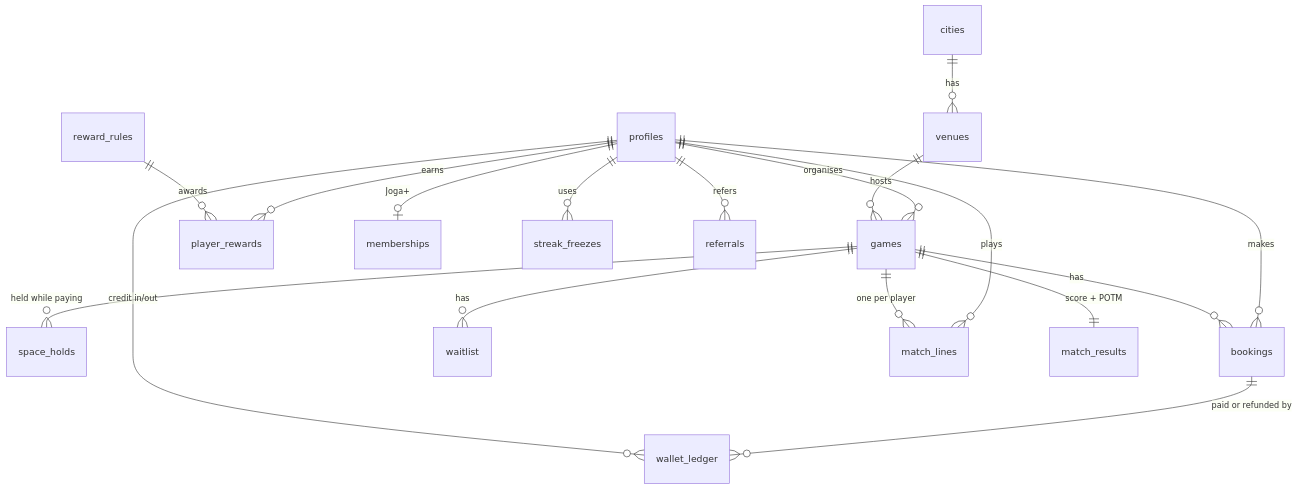
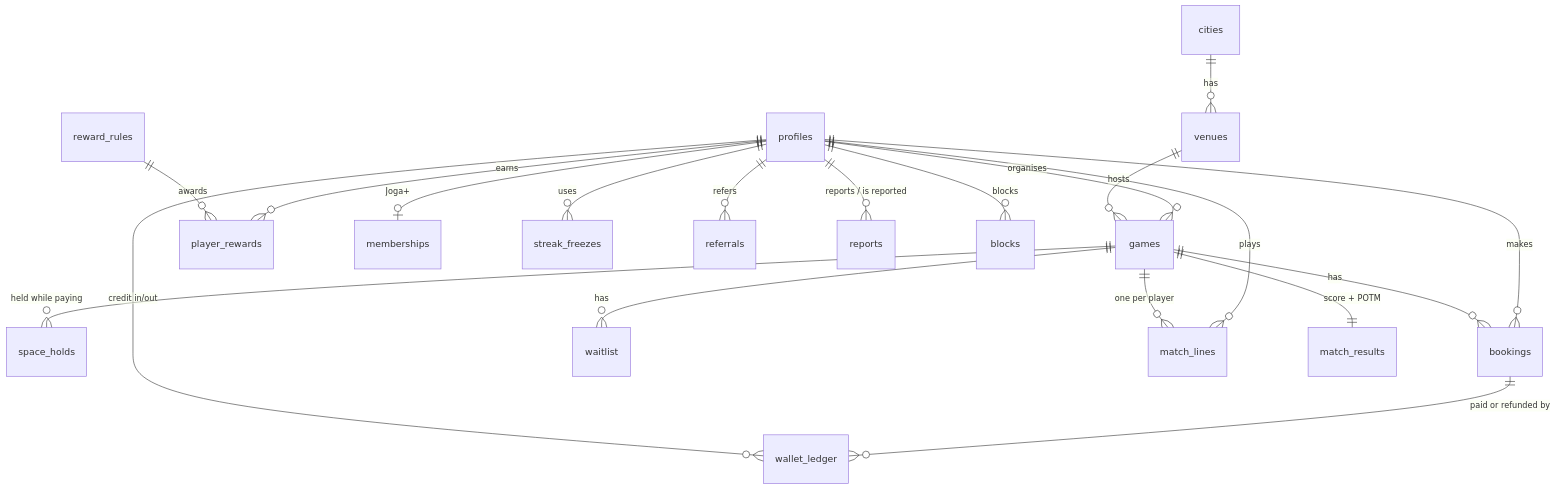
One commit to JogaSports/joga-backend changed the diagram in docs/DATA_MODEL.md. Above: the diagram before and after it, drawn with Mermaid. The commit also changed other lines of this file and 19 other files, not shown here.

````diff
--- a/docs/DATA_MODEL.md
+++ b/docs/DATA_MODEL.md
@@ -3,20 +3,22 @@
 ```mermaid
 erDiagram
   cities ||--o{ venues : has
   venues ||--o{ games : hosts
   profiles ||--o{ games : organises
   games ||--o{ space_holds : "held while paying"
   games ||--o{ bookings : has
   games ||--o{ waitlist : has
   profiles ||--o{ bookings : makes
   profiles ||--o{ wallet_ledger : "credit in/out"
   bookings ||--o{ wallet_ledger : "paid or refunded by"
   games ||--o{ match_lines : "one per player"
   games ||--|| match_results : "score + POTM"
   profiles ||--o{ match_lines : plays
   reward_rules ||--o{ player_rewards : awards
   profiles ||--o{ player_rewards : earns
   profiles ||--o| memberships : "Joga+"
   profiles ||--o{ streak_freezes : uses
   profiles ||--o{ referrals : refers
+  profiles ||--o{ reports : "reports / is reported"
+  profiles ||--o{ blocks : "blocks"
 ```
````
